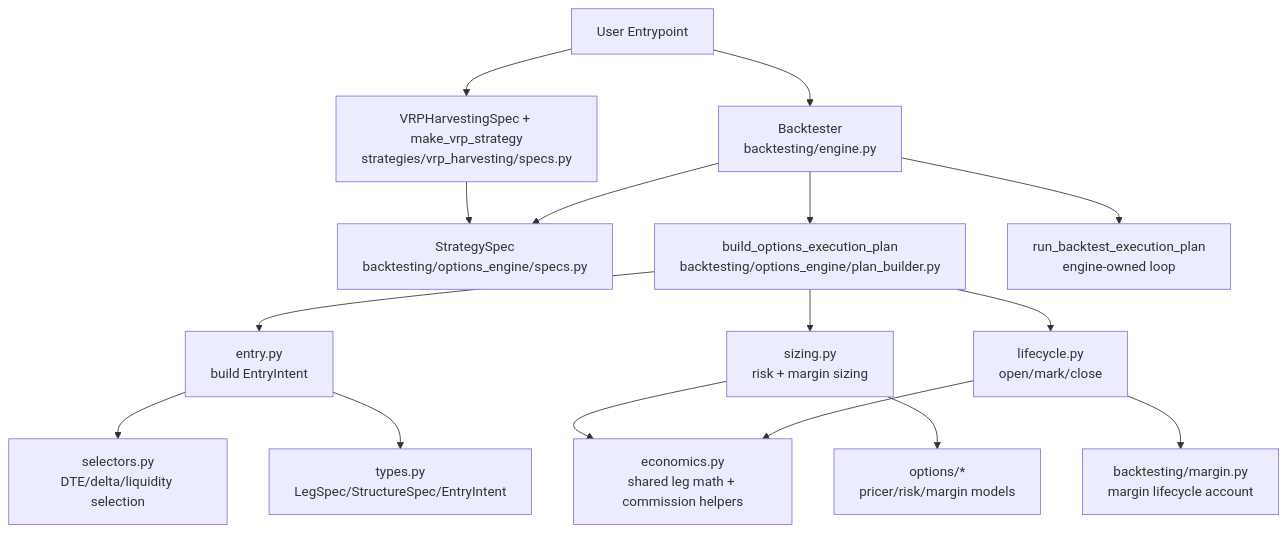
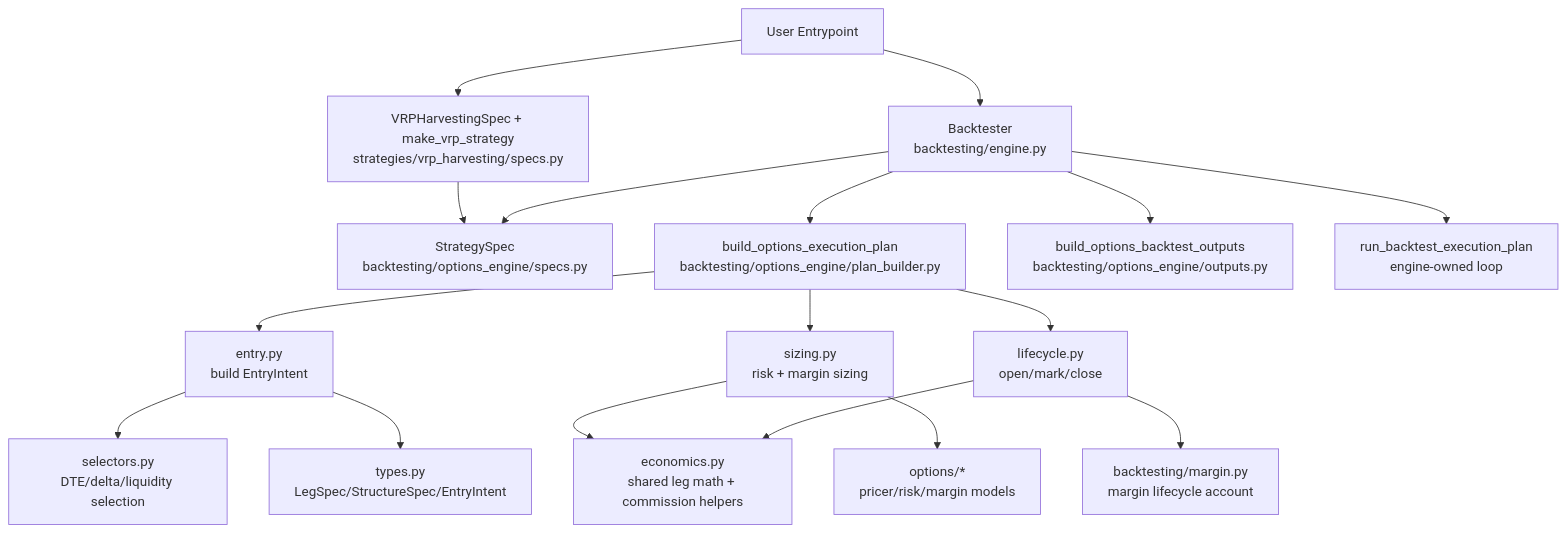
The first of 3 diagrams in docs/reference/options_backtesting_architecture_overview.md (anthonymakarewicz/volatility-trading), drawn with Mermaid before and after one commit. The commit also changed other lines of this file and 6 other files, not shown here.

Commit message:
refactor(options-engine): split output serialization from plan compilation

````diff
--- a/docs/reference/options_backtesting_architecture_overview.md
+++ b/docs/reference/options_backtesting_architecture_overview.md
@@ -27,19 +27,20 @@
 ```mermaid
 flowchart TD
     A[User Entrypoint] --> B[Backtester<br/>backtesting/engine.py]
     A --> C[VRPHarvestingSpec + make_vrp_strategy<br/>strategies/vrp_harvesting/specs.py]
     C --> D[StrategySpec<br/>backtesting/options_engine/specs.py]
     B --> D
     B --> E[build_options_execution_plan<br/>backtesting/options_engine/plan_builder.py]
+    B --> O[build_options_backtest_outputs<br/>backtesting/options_engine/outputs.py]
     E --> F[entry.py<br/>build EntryIntent]
     E --> G[sizing.py<br/>risk + margin sizing]
     E --> H[lifecycle.py<br/>open/mark/close]
     B --> I[run_backtest_execution_plan<br/>engine-owned loop]
 
     F --> J[selectors.py<br/>DTE/delta/liquidity selection]
     F --> K[types.py<br/>LegSpec/StructureSpec/EntryIntent]
     G --> N[economics.py<br/>shared leg math + commission helpers]
     H --> N
     G --> L[options/*<br/>pricer/risk/margin models]
     H --> M[backtesting/margin.py<br/>margin lifecycle account]
 ```
````
